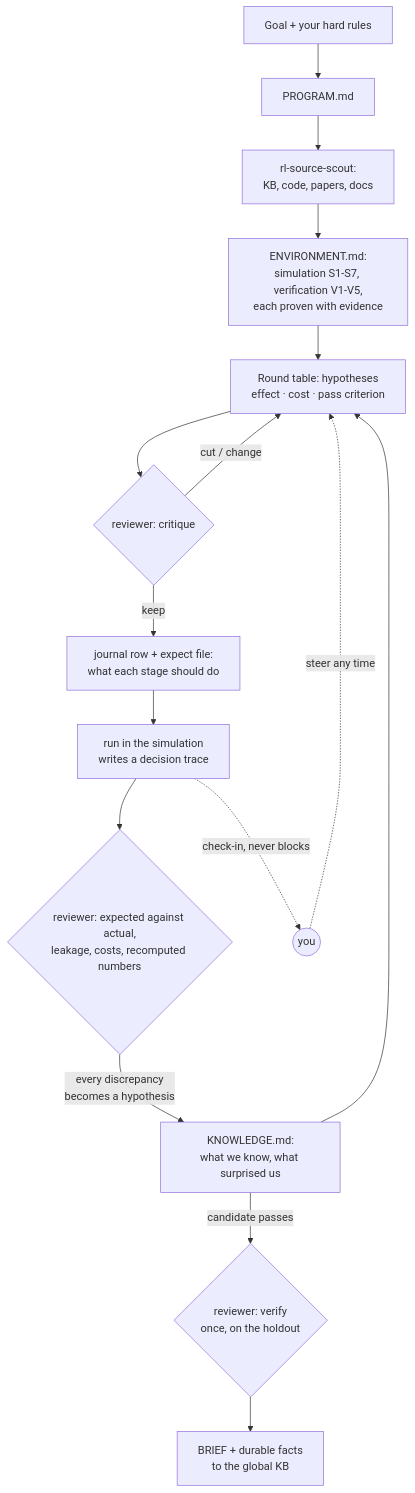
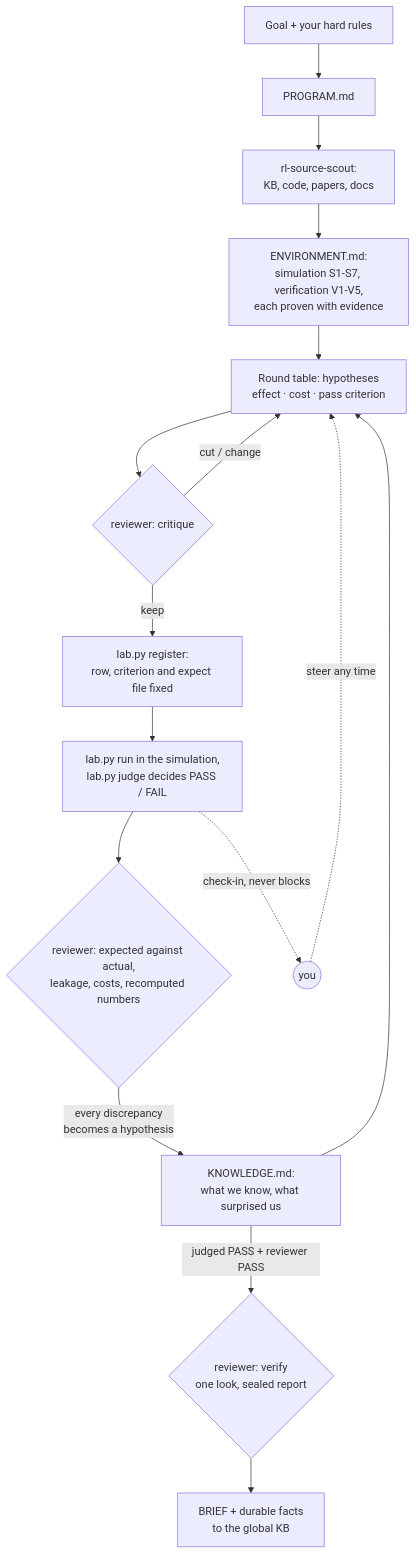
Before and after one commit to nikserbur/autolearn: the second of 4 diagrams in README.md, drawn with Mermaid. The commit also changed other lines of this file and 7 other files, not shown here.

````diff
--- a/README.md
+++ b/README.md
@@ -63,18 +63,18 @@
 ```mermaid
 flowchart TD
   G[Goal + your hard rules] --> PR[PROGRAM.md]
   PR --> SC[rl-source-scout:<br/>KB, code, papers, docs]
   SC --> ENV[ENVIRONMENT.md:<br/>simulation S1-S7, verification V1-V5,<br/>each proven with evidence]
   ENV --> H[Round table: hypotheses<br/>effect · cost · pass criterion]
   H --> CR{reviewer: critique}
   CR -- cut / change --> H
-  CR -- keep --> REG[journal row + expect file:<br/>what each stage should do]
-  REG --> RUN[run in the simulation<br/>writes a decision trace]
+  CR -- keep --> REG[lab.py register:<br/>row, criterion and expect file fixed]
+  REG --> RUN[lab.py run in the simulation,<br/>lab.py judge decides PASS / FAIL]
   RUN --> RV{reviewer: expected against actual,<br/>leakage, costs, recomputed numbers}
   RV -- "every discrepancy<br/>becomes a hypothesis" --> SY[KNOWLEDGE.md:<br/>what we know, what surprised us]
   SY --> H
-  SY -- candidate passes --> VF{reviewer: verify<br/>once, on the holdout}
+  SY -- "judged PASS + reviewer PASS" --> VF{reviewer: verify<br/>one look, sealed report}
   VF --> BR[BRIEF + durable facts<br/>to the global KB]
   RUN -. check-in, never blocks .-> YOU((you))
   YOU -. steer any time .-> H
 ```
````
